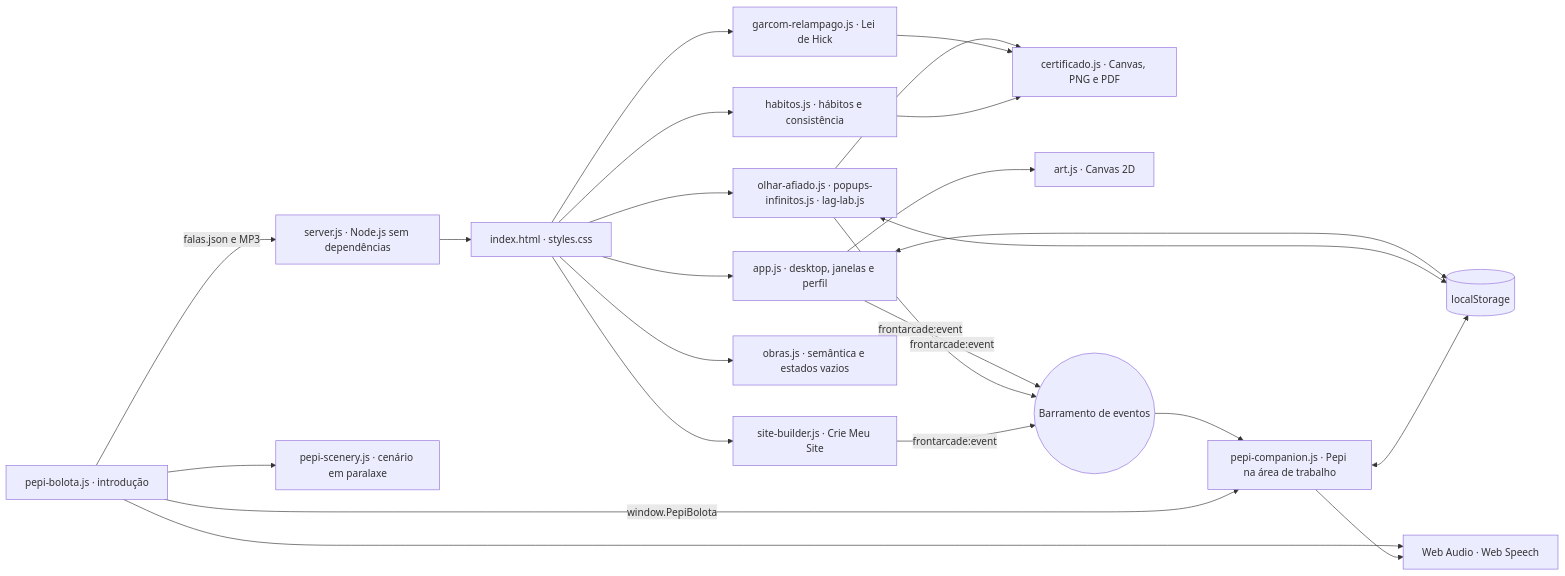
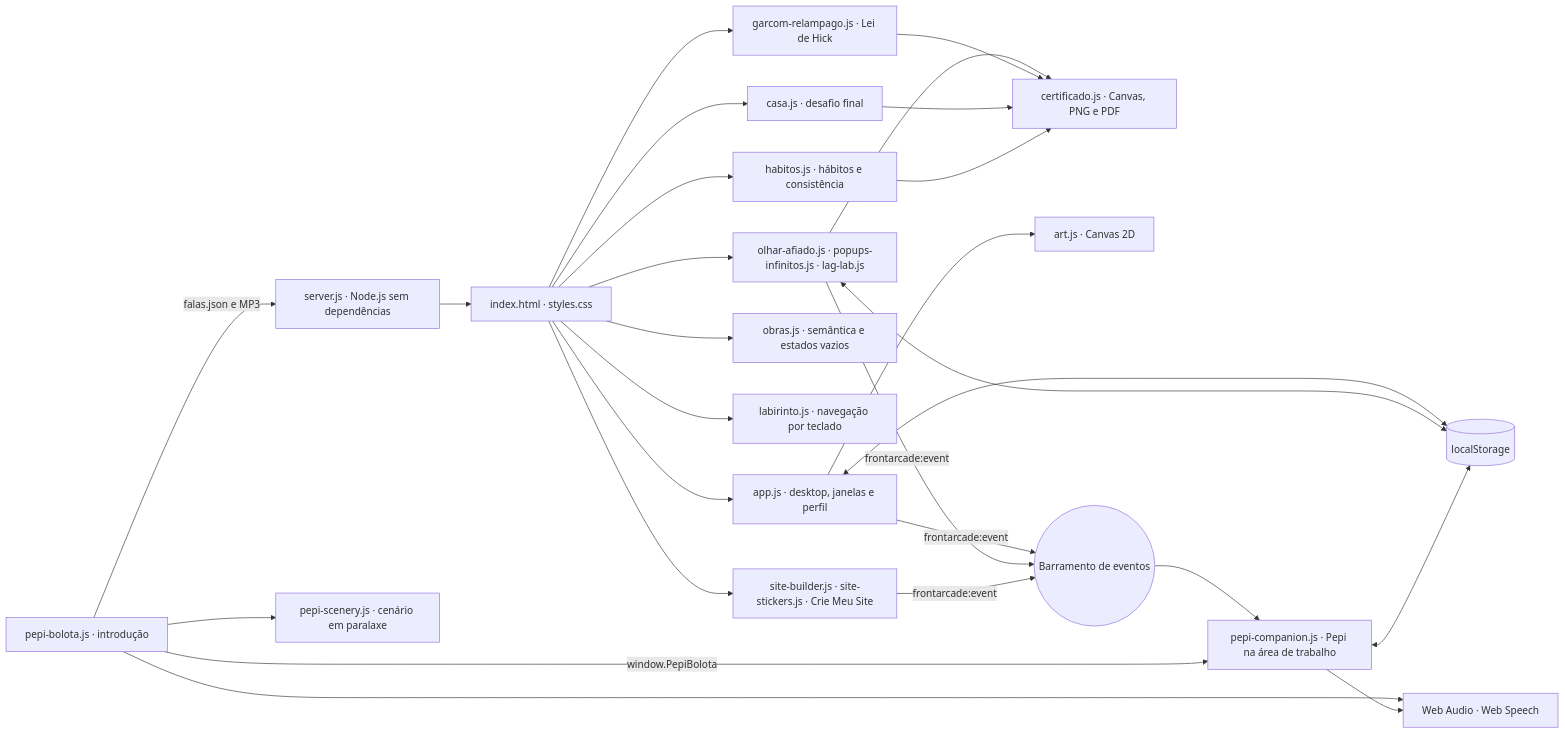
One commit to Enz0EMCosta/FrontArcade changed the diagram in README.md. Above: the diagram before and after it, drawn with Mermaid. The commit also changed other lines of this file, not shown here.

````diff
--- a/README.md
+++ b/README.md
@@ -87,26 +93,29 @@
 ```mermaid
 flowchart LR
     HTTP["server.js · Node.js sem dependências"] --> UI["index.html · styles.css"]
     UI --> App["app.js · desktop, janelas e perfil"]
     UI --> Games["olhar-afiado.js · popups-infinitos.js · lag-lab.js"]
     Games --> Certificate["certificado.js · Canvas, PNG e PDF"]
     UI --> Waiter["garcom-relampago.js · Lei de Hick"]
     Waiter --> Certificate
     UI --> Habit["habitos.js · hábitos e consistência"]
     UI --> Obra["obras.js · semântica e estados vazios"]
+    UI --> Maze["labirinto.js · navegação por teclado"]
+    UI --> Casa["casa.js · desafio final"]
+    Casa --> Certificate
     Habit --> Certificate
-    UI --> Builder["site-builder.js · Crie Meu Site"]
+    UI --> Builder["site-builder.js · site-stickers.js · Crie Meu Site"]
     App --> Art["art.js · Canvas 2D"]
     App -- "frontarcade:event" --> Bus(("Barramento de eventos"))
     Games -- "frontarcade:event" --> Bus
     Builder -- "frontarcade:event" --> Bus
     Bus --> Companion["pepi-companion.js · Pepi na área de trabalho"]
     Intro["pepi-bolota.js · introdução"] -- "window.PepiBolota" --> Companion
     Intro --> Scenery["pepi-scenery.js · cenário em paralaxe"]
     Intro --> Audio["Web Audio · Web Speech"]
     Companion --> Audio
     Intro -->|"falas.json e MP3"| HTTP
     App <--> Storage[("localStorage")]
     Games <--> Storage
     Companion <--> Storage
 ```
````
